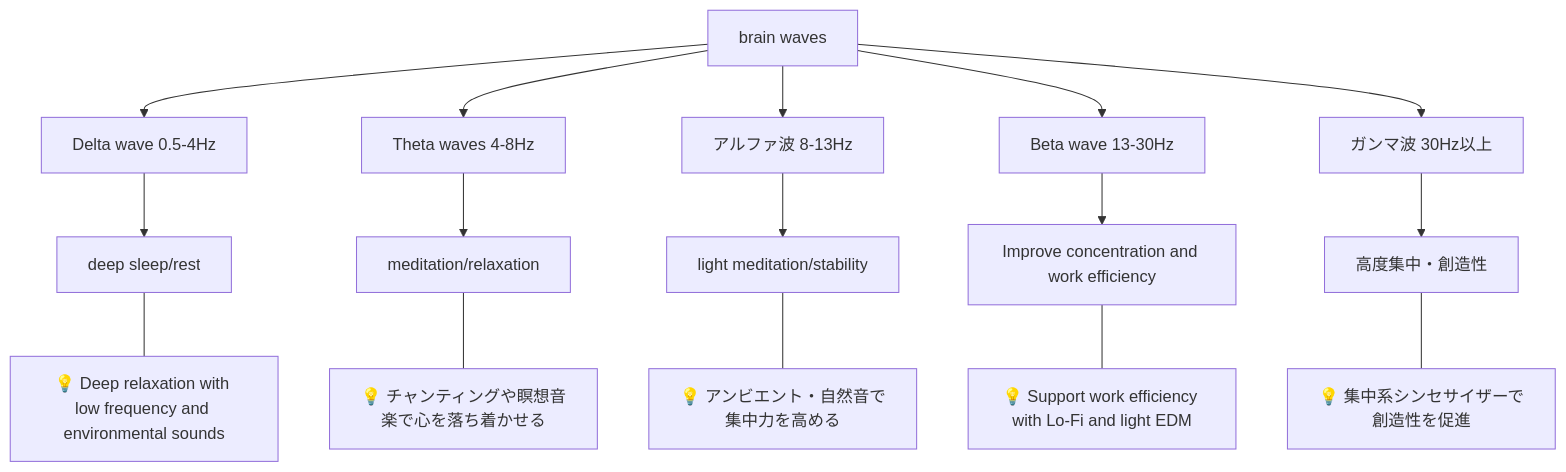
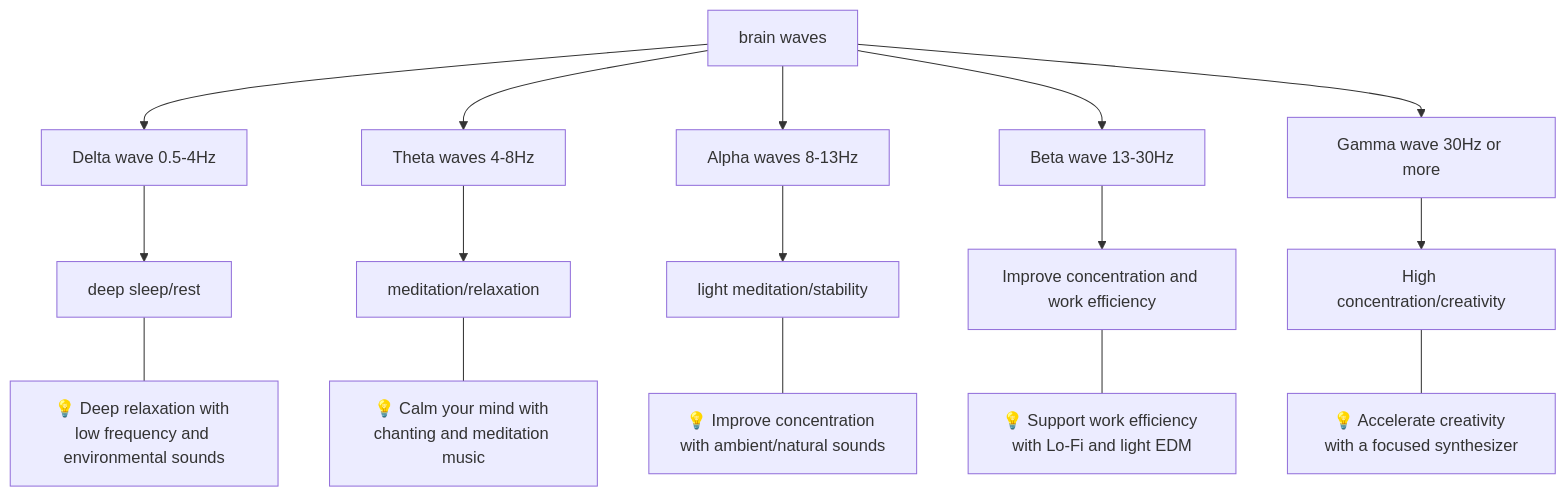
Before and after one commit to monumental-movement/monumental-movement.github.io: the first of 4 diagrams in en/_posts/2025-11-09-column-yoga-music.md, drawn with Mermaid. The commit also changed other lines of this file and 274 other files, not shown here.

```diff
--- a/en/_posts/2025-11-09-column-yoga-music.md
+++ b/en/_posts/2025-11-09-column-yoga-music.md
@@ -117,25 +117,25 @@
 <div class="mermaid">
 
 flowchart TD
     A[brain waves] --> B[Delta wave 0.5-4Hz]
     A --> C[Theta waves 4-8Hz]
-    A --> D[アルファ波 8-13Hz]
+    A --> D[Alpha waves 8-13Hz]
     A --> E[Beta wave 13-30Hz]
-    A --> F[ガンマ波 30Hz以上]
+    A --> F[Gamma wave 30Hz or more]
 
     B --> B1[deep sleep/rest]
     B1 --- BB["💡 Deep relaxation with low frequency and environmental sounds"]
     
     C --> C1[meditation/relaxation]
-    C1 --- CC["💡 チャンティングや瞑想音楽で心を落ち着かせる"]
+    C1 --- CC["💡 Calm your mind with chanting and meditation music"]
     
     D --> D1[light meditation/stability]
-    D1 --- DD["💡 アンビエント・自然音で集中力を高める"]
+    D1 --- DD["💡 Improve concentration with ambient/natural sounds"]
     
     E --> E1[Improve concentration and work efficiency]
     E1 --- EE["💡 Support work efficiency with Lo-Fi and light EDM"]
     
-    F --> F1[高度集中・創造性]
-    F1 --- FF["💡 集中系シンセサイザーで創造性を促進"]
+    F --> F1[High concentration/creativity]
+    F1 --- FF["💡 Accelerate creativity with a focused synthesizer"]
 
 </div>
```
